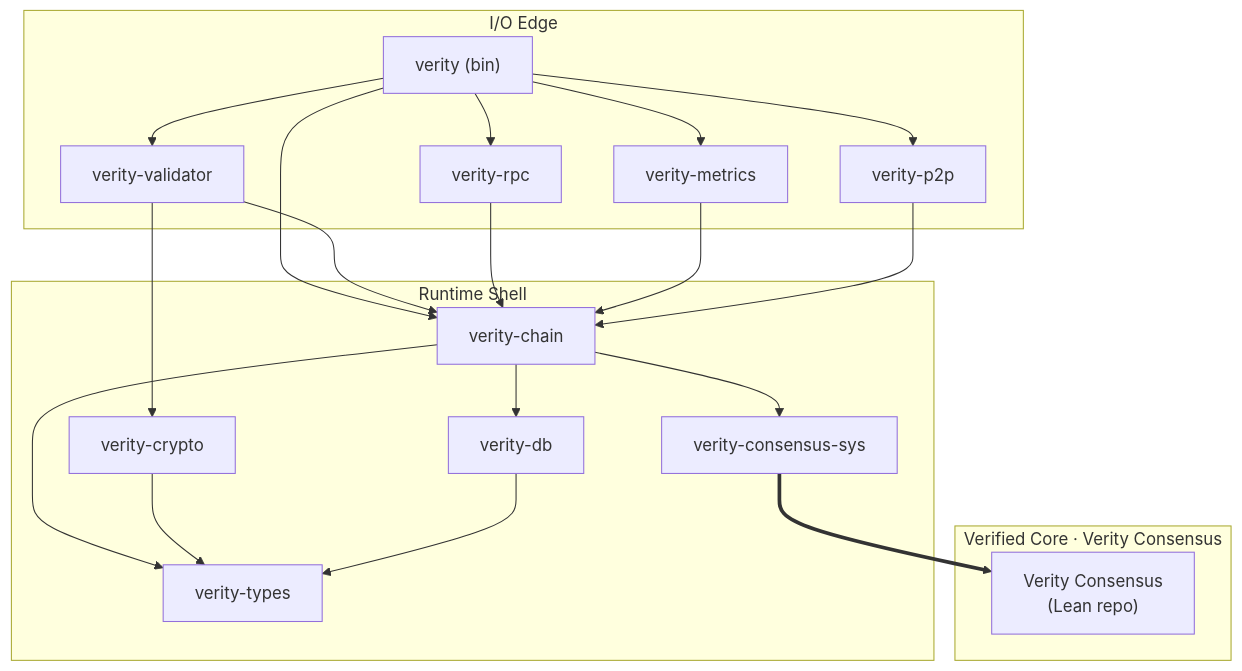
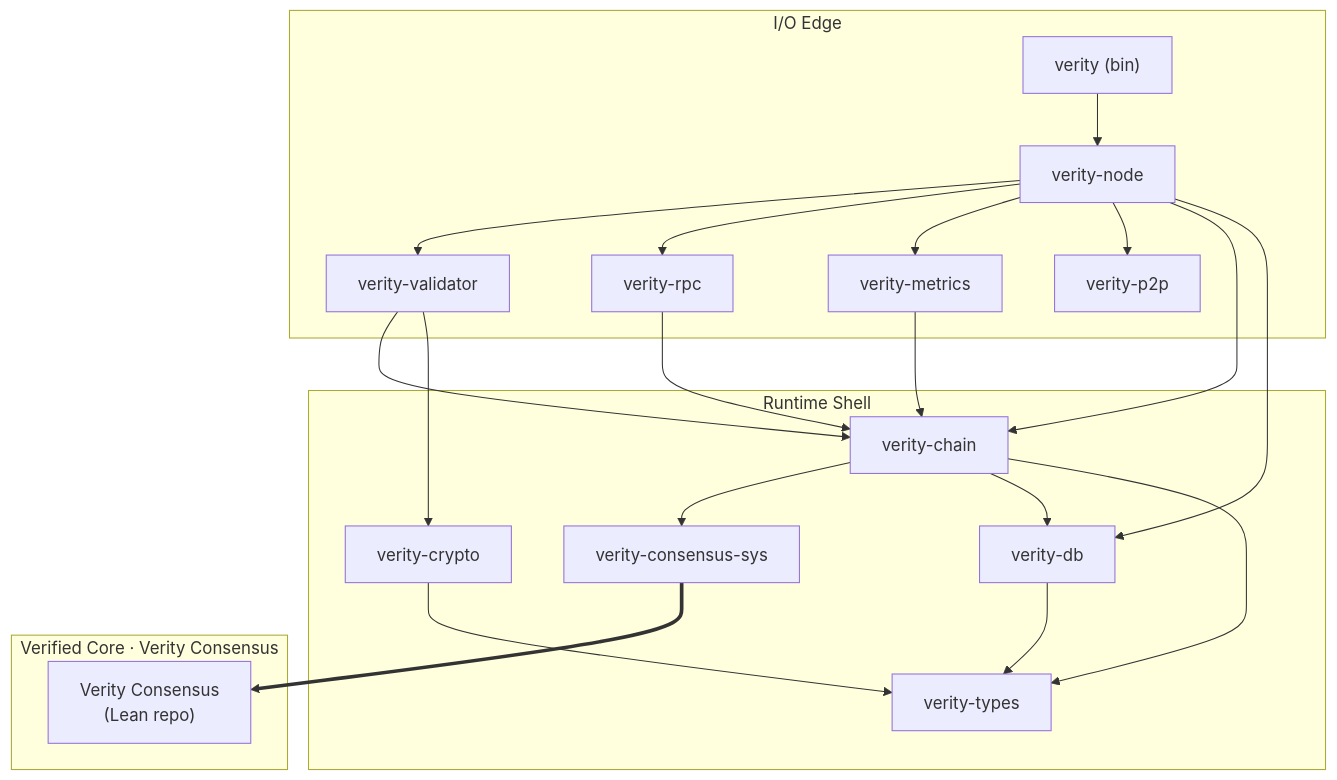
The third of 3 diagrams in docs/src/reference/architecture.md (NyxFoundation/verity), drawn with Mermaid before and after one commit. The commit also changed other lines of this file and 34 other files, not shown here.

````diff
--- a/docs/src/reference/architecture.md
+++ b/docs/src/reference/architecture.md
@@ -197,36 +208,38 @@
 ```mermaid
 flowchart TB
     subgraph ZC["I/O Edge"]
         BIN["verity (bin)"]
+        NODE["verity-node"]
         VAL["verity-validator"]
         RPC["verity-rpc"]
         MET["verity-metrics"]
         P2P["verity-p2p"]
     end
     subgraph ZB["Runtime Shell"]
         CHAIN["verity-chain"]
         CRYPTO["verity-crypto"]
         DB["verity-db"]
         TYPES["verity-types"]
         SYS["verity-consensus-sys"]
     end
     subgraph ZA["Verified Core · Verity Consensus"]
         LEAN["Verity Consensus<br/>(Lean repo)"]
     end
-    BIN --> VAL
-    BIN --> RPC
-    BIN --> MET
-    BIN --> P2P
-    BIN --> CHAIN
+    BIN --> NODE
+    NODE --> VAL
+    NODE --> RPC
+    NODE --> MET
+    NODE --> P2P
+    NODE --> CHAIN
+    NODE --> DB
     VAL --> CHAIN
     VAL --> CRYPTO
     RPC --> CHAIN
     MET --> CHAIN
-    P2P --> CHAIN
     CHAIN --> SYS
     SYS ==> LEAN
     CHAIN --> DB
     CHAIN --> TYPES
     CRYPTO --> TYPES
     DB --> TYPES
 ```
````
